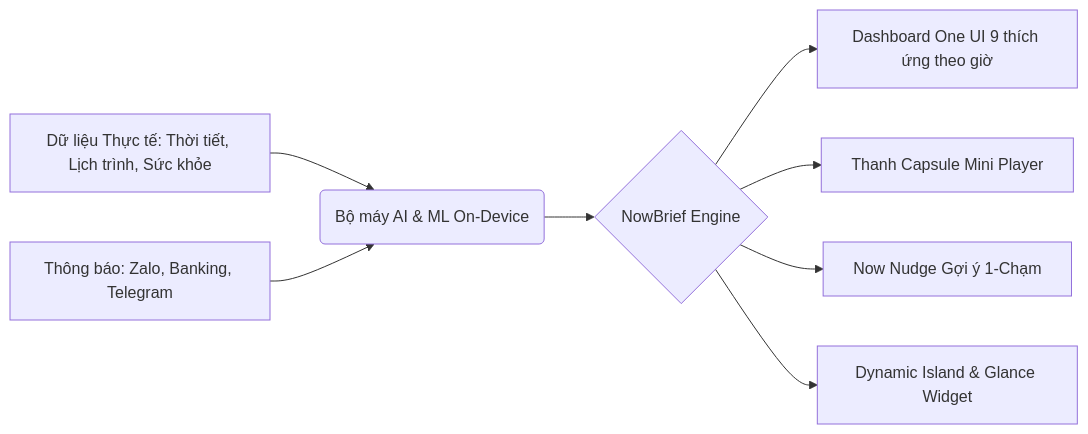
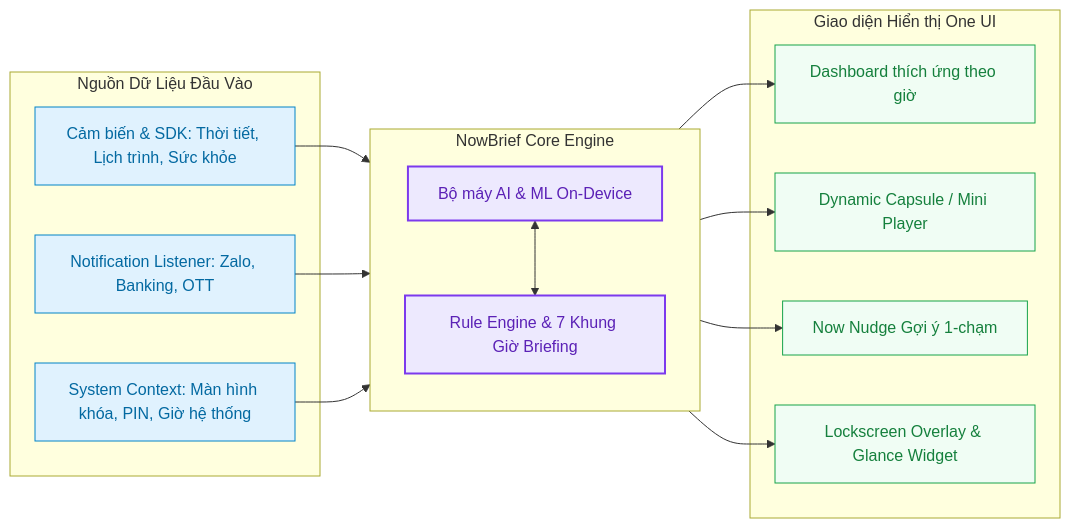
One commit to nafta121/NovaPulse changed the diagram in README.md. Above: the diagram before and after it, drawn with Mermaid.

Commit message:
Enhance README with input sources and engine diagrams
Added detailed diagrams and descriptions for input sources, core engine, and UI outputs in the README.

````diff
--- a/README.md
+++ b/README.md
@@ -15,10 +15,44 @@
 ```mermaid
 graph LR
-    A[Dữ liệu Thực tế: Thời tiết, Lịch trình, Sức khỏe] --> B(Bộ máy AI & ML On-Device)
-    C[Thông báo: Zalo, Banking, Telegram] --> B
-    B --> D{NowBrief Engine}
-    D --> E[Dashboard One UI 9 thích ứng theo giờ]
-    D --> F[Thanh Capsule Mini Player]
-    D --> G[Now Nudge Gợi ý 1-Chạm]
-    D --> H[Dynamic Island & Glance Widget]
+    %% Nguồn dữ liệu đầu vào
+    subgraph Input_Sources ["Nguồn Dữ Liệu Đầu Vào"]
+        A[Cảm biến & SDK: Thời tiết, Lịch trình, Sức khỏe]
+        C[Notification Listener: Zalo, Banking, OTT]
+        I[System Context: Màn hình khóa, PIN, Giờ hệ thống]
+    end
+
+    %% Tầng xử lý trung tâm
+    subgraph Core_Engine ["NowBrief Core Engine"]
+        B[Bộ máy AI & ML On-Device]
+        R[Rule Engine & 7 Khung Giờ Briefing]
+    end
+
+    %% Tầng hiển thị giao diện
+    subgraph UI_Outputs ["Giao diện Hiển thị One UI"]
+        E[Dashboard thích ứng theo giờ]
+        F[Dynamic Capsule / Mini Player]
+        G[Now Nudge Gợi ý 1-chạm]
+        H[Lockscreen Overlay & Glance Widget]
+    end
+
+    %% Luồng liên kết
+    A --> Core_Engine
+    C --> Core_Engine
+    I --> Core_Engine
+    
+    B <--> R
+    
+    Core_Engine --> E
+    Core_Engine --> F
+    Core_Engine --> G
+    Core_Engine --> H
+
+    %% Styling màu sắc cho nổi bật
+    classDef inputStyle fill:#e0f2fe,stroke:#0284c7,stroke-width:1px,color:#0369a1;
+    classDef coreStyle fill:#ede9fe,stroke:#7c3aed,stroke-width:2px,color:#5b21b6;
+    classDef uiStyle fill:#f0fdf4,stroke:#16a34a,stroke-width:1px,color:#15803d;
+
+    class A,C,I inputStyle;
+    class B,R coreStyle;
+    class E,F,G,H uiStyle;
 ```
````
